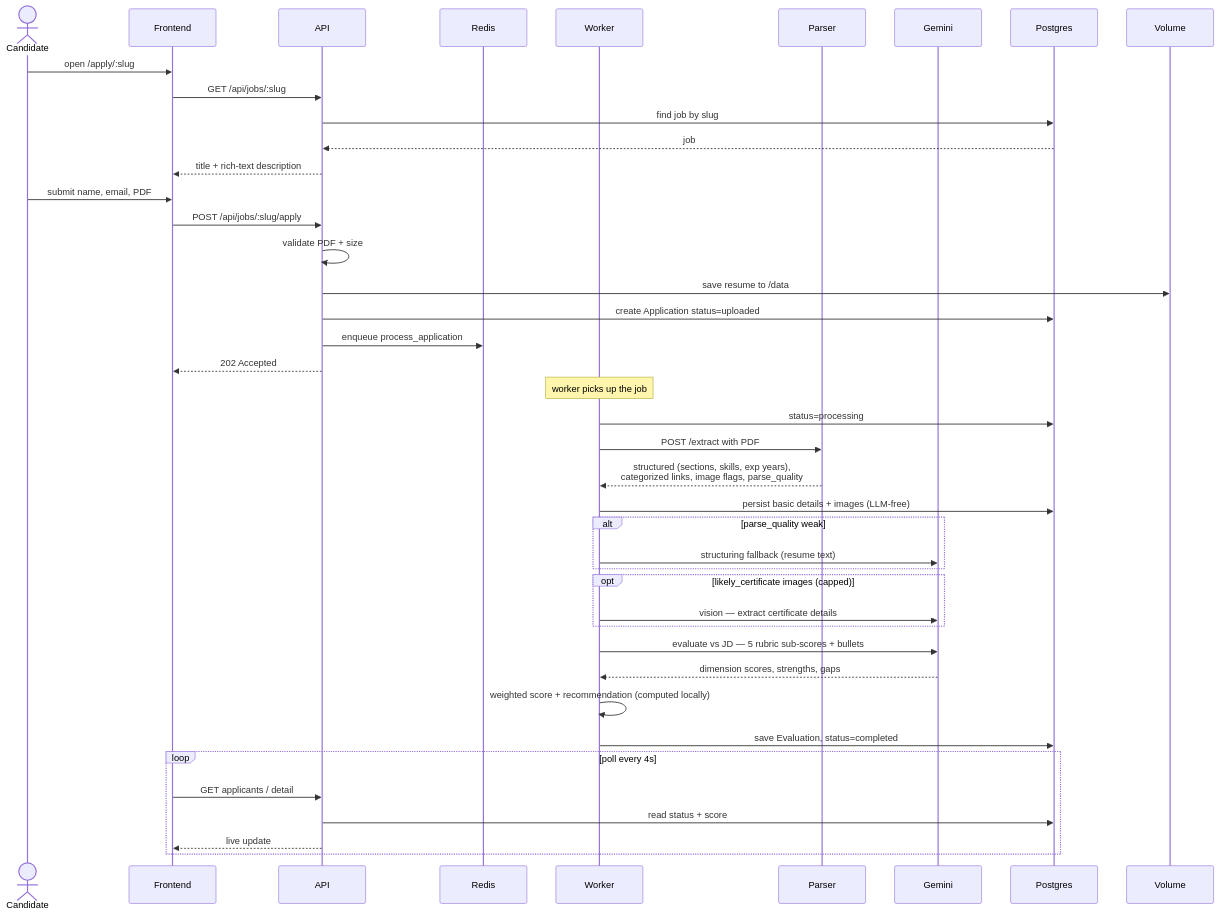
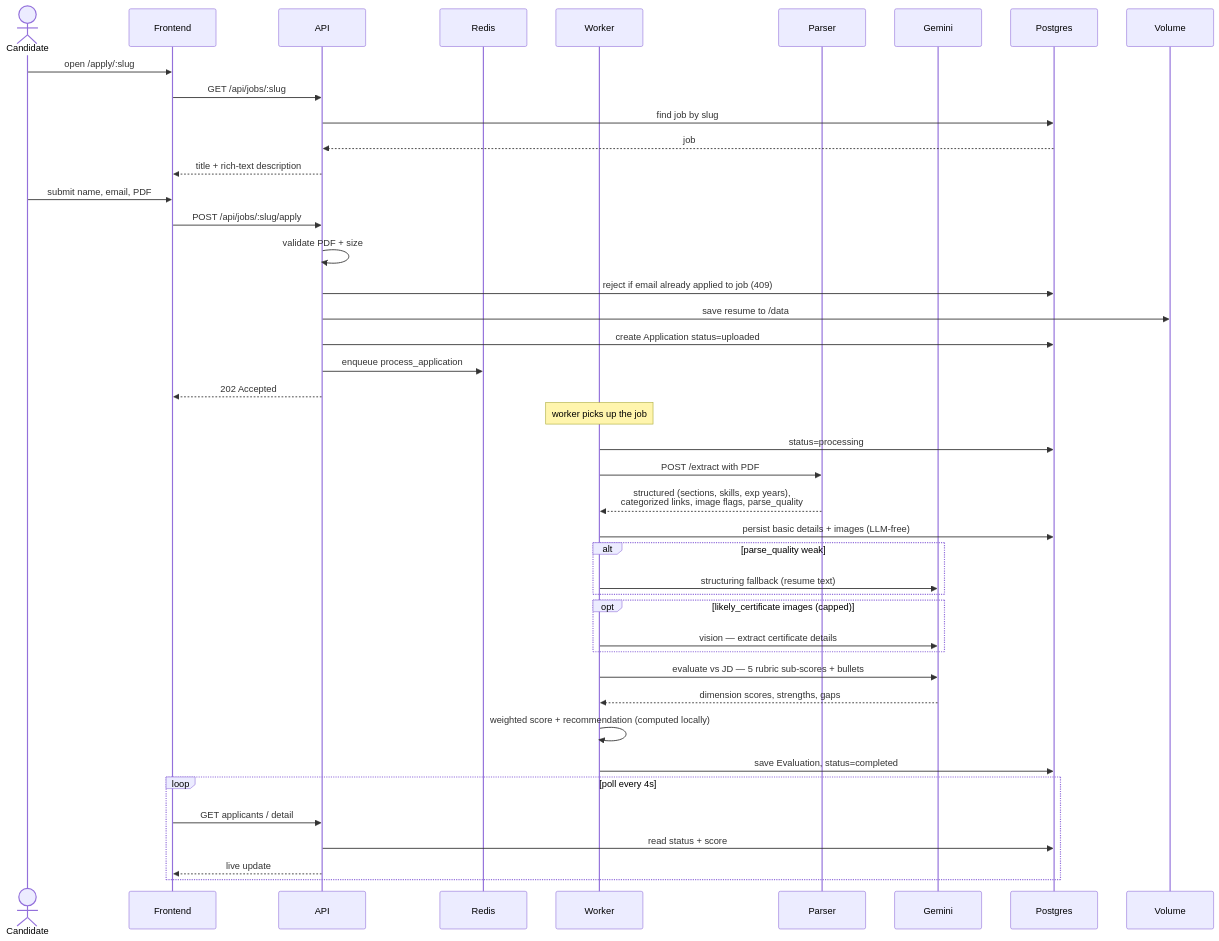
The second of 5 diagrams in docs/ARCHITECTURE.md (Lalit-001/ats-scorer), drawn with Mermaid before and after one commit. The commit also changed other lines of this file, not shown here.

Commit message:
docs: note unique email-per-job constraint and location in architecture

````diff
--- a/docs/ARCHITECTURE.md
+++ b/docs/ARCHITECTURE.md
@@ -57,49 +57,50 @@
 ```mermaid
 sequenceDiagram
   actor C as Candidate
   participant FE as Frontend
   participant API as API
   participant RD as Redis
   participant WK as Worker
   participant PR as Parser
   participant G as Gemini
   participant DB as Postgres
   participant VOL as Volume
 
   C->>FE: open /apply/:slug
   FE->>API: GET /api/jobs/:slug
   API->>DB: find job by slug
   DB-->>API: job
   API-->>FE: title + rich-text description
 
   C->>FE: submit name, email, PDF
   FE->>API: POST /api/jobs/:slug/apply
   API->>API: validate PDF + size
+  API->>DB: reject if email already applied to job (409)
   API->>VOL: save resume to /data
   API->>DB: create Application status=uploaded
   API->>RD: enqueue process_application
   API-->>FE: 202 Accepted
 
   Note over WK: worker picks up the job
   WK->>DB: status=processing
   WK->>PR: POST /extract with PDF
   PR-->>WK: structured (sections, skills, exp years),<br/>categorized links, image flags, parse_quality
   WK->>DB: persist basic details + images (LLM-free)
 
   alt parse_quality weak
     WK->>G: structuring fallback (resume text)
   end
   opt likely_certificate images (capped)
     WK->>G: vision — extract certificate details
   end
   WK->>G: evaluate vs JD — 5 rubric sub-scores + bullets
   G-->>WK: dimension scores, strengths, gaps
   WK->>WK: weighted score + recommendation (computed locally)
   WK->>DB: save Evaluation, status=completed
 
   loop poll every 4s
     FE->>API: GET applicants / detail
     API->>DB: read status + score
     API-->>FE: live update
   end
 ```
````
